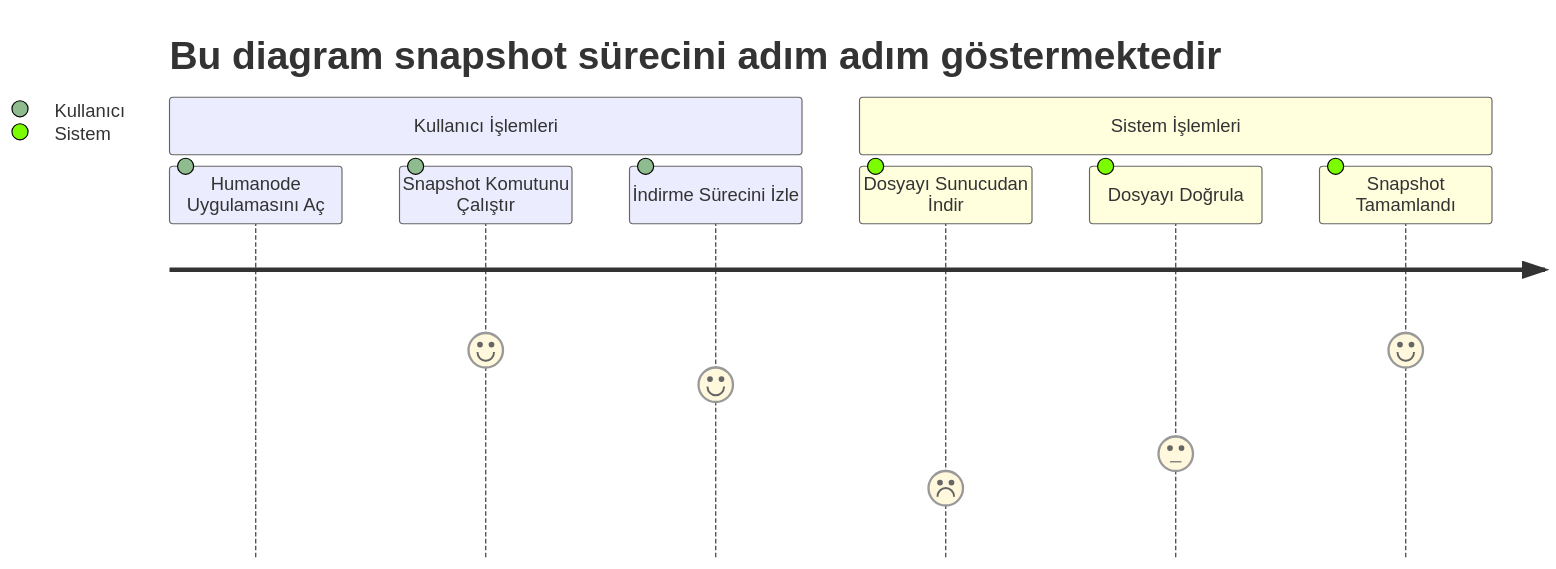
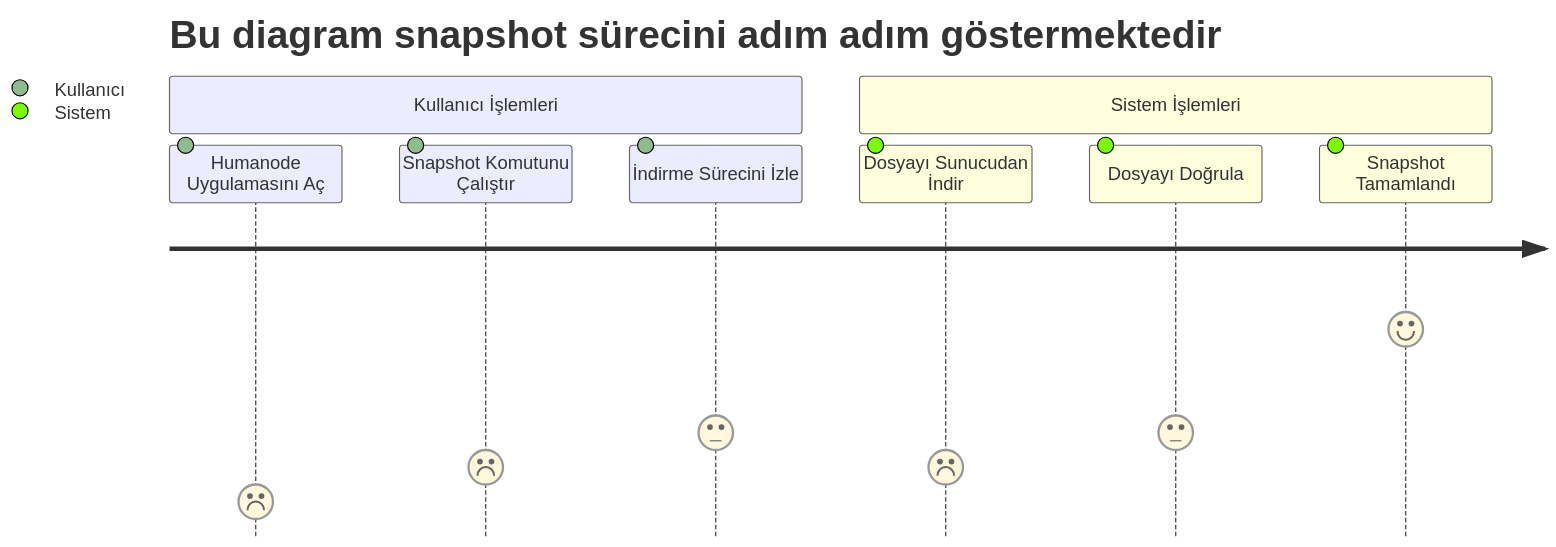
Before and after one commit to Lorento34/humanode: the diagram in Snapshot.md, drawn with Mermaid.

````diff
--- a/Snapshot.md
+++ b/Snapshot.md
@@ -8,12 +8,12 @@
 ```mermaid
 journey
     title Bu diagram snapshot sürecini adım adım göstermektedir
     section Kullanıcı İşlemleri
-      Humanode Uygulamasını Aç: 17: Kullanıcı
-      Snapshot Komutunu Çalıştır: 6: Kullanıcı
-      İndirme Sürecini İzle: 5: Kullanıcı
+      Humanode Uygulamasını Aç: 1: Kullanıcı
+      Snapshot Komutunu Çalıştır: 2: Kullanıcı
+      İndirme Sürecini İzle: 3: Kullanıcı
     section Sistem İşlemleri
       Dosyayı Sunucudan İndir: 2: Sistem
       Dosyayı Doğrula: 3: Sistem
       Snapshot Tamamlandı: 6: Sistem
 ```
````
